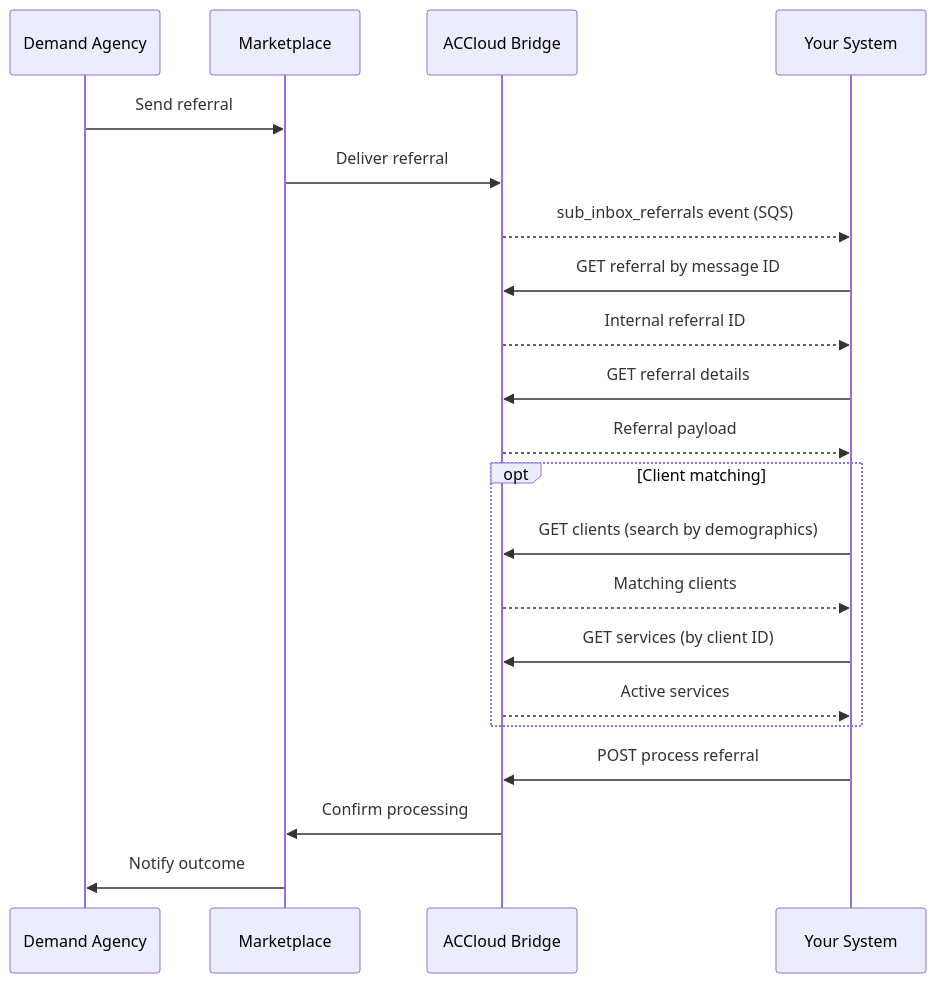
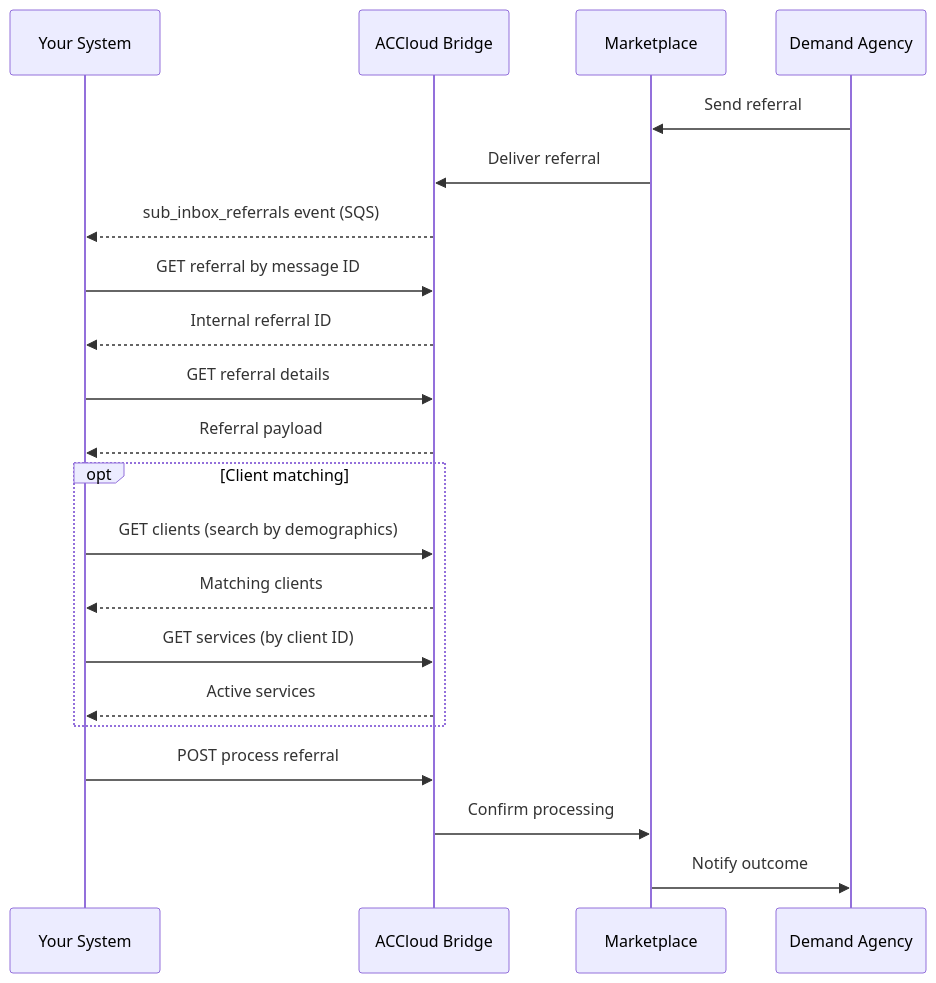
The second of 2 diagrams in docs/workflows/referrals.md (AlayaCare/alayamarket-third-party-integration), drawn with Mermaid before and after one commit. The commit also changed other lines of this file and 6 other files, not shown here.

````diff
--- a/docs/workflows/referrals.md
+++ b/docs/workflows/referrals.md
@@ -163,26 +203,26 @@
 ```mermaid
 sequenceDiagram
+    participant 3P as Your System
+    participant AC as ACCloud Bridge
+    participant MP as Marketplace
     participant DA as Demand Agency
-    participant MP as Marketplace
-    participant AC as ACCloud Bridge
-    participant 3P as Your System
 
     DA->>MP: Send referral
     MP->>AC: Deliver referral
     AC-->>3P: sub_inbox_referrals event (SQS)
     3P->>AC: GET referral by message ID
     AC-->>3P: Internal referral ID
     3P->>AC: GET referral details
     AC-->>3P: Referral payload
 
     opt Client matching
         3P->>AC: GET clients (search by demographics)
         AC-->>3P: Matching clients
         3P->>AC: GET services (by client ID)
         AC-->>3P: Active services
     end
 
     3P->>AC: POST process referral
     AC->>MP: Confirm processing
     MP->>DA: Notify outcome
 ```
````
